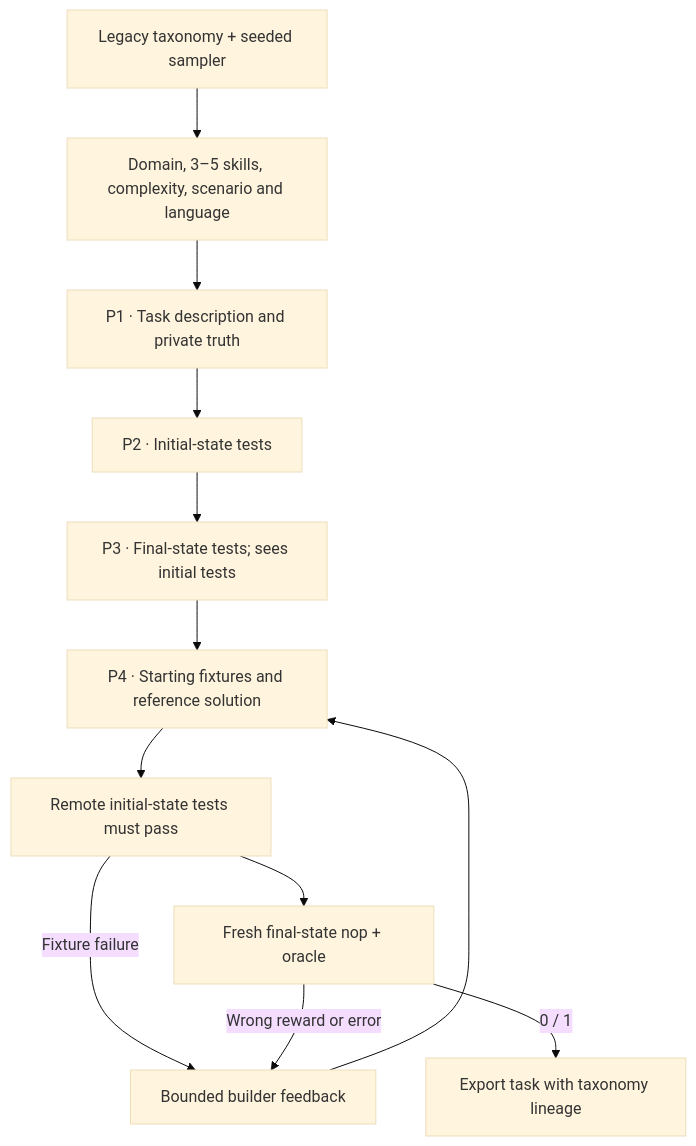
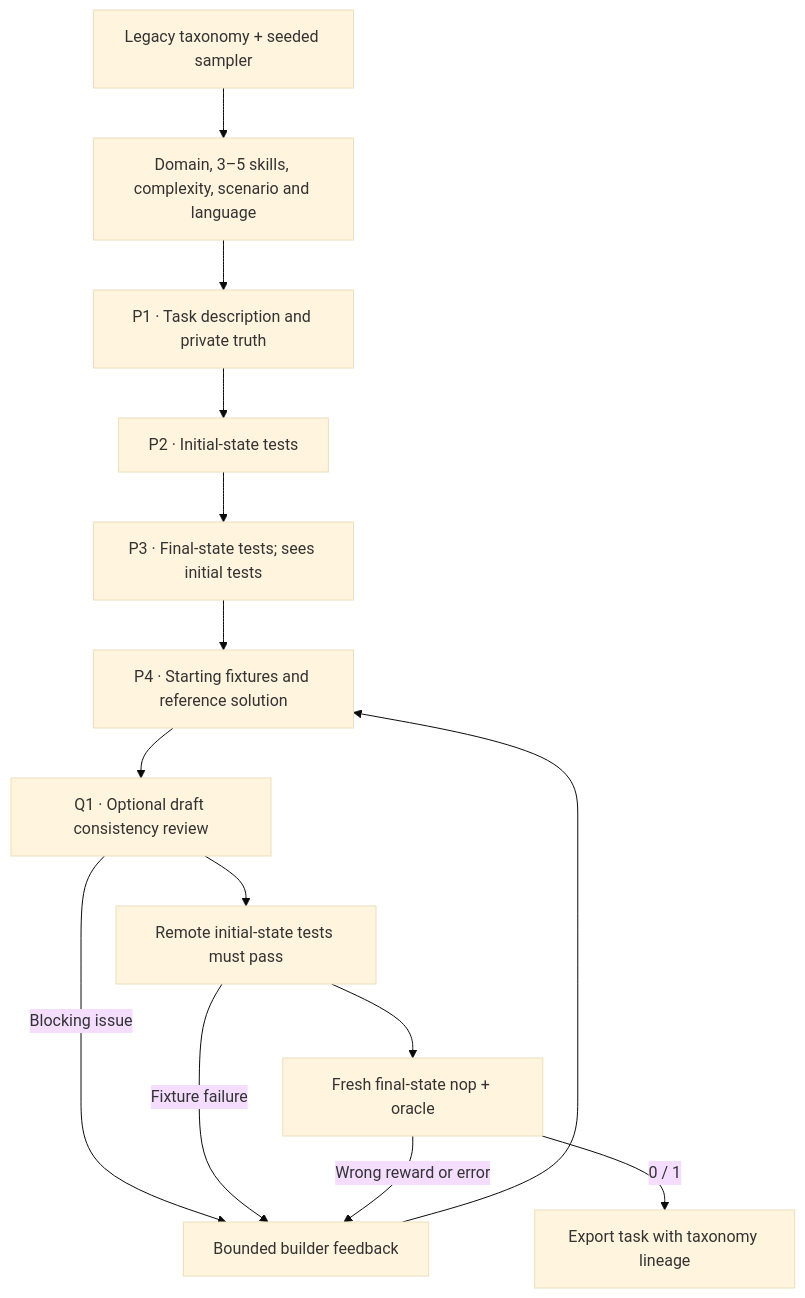
Before and after one commit to huggingface/Repo2RLEnv: the diagram in docs/pipelines/tmax.md, drawn with Mermaid (base theme). The commit also changed other lines of this file and 70 other files, not shown here.

````diff
--- a/docs/pipelines/tmax.md
+++ b/docs/pipelines/tmax.md
@@ -8,14 +8,16 @@
 ```mermaid
 flowchart TD
   S["Legacy taxonomy + seeded sampler"] --> A["Domain, 3–5 skills, complexity, scenario and language"]
   A --> P1["P1 · Task description and private truth"]
   P1 --> P2["P2 · Initial-state tests"]
   P2 --> P3["P3 · Final-state tests; sees initial tests"]
   P3 --> P4["P4 · Starting fixtures and reference solution"]
-  P4 --> I["Remote initial-state tests must pass"]
+  P4 --> Q["Q1 · Optional draft consistency review"]
+  Q --> I["Remote initial-state tests must pass"]
+  Q -->|"Blocking issue"| F
   I --> R["Fresh final-state nop + oracle"]
   I -->|"Fixture failure"| F["Bounded builder feedback"]
   R -->|"Wrong reward or error"| F
   F --> P4
   R -->|"0 / 1"| H["Export task with taxonomy lineage"]
 ```
````
